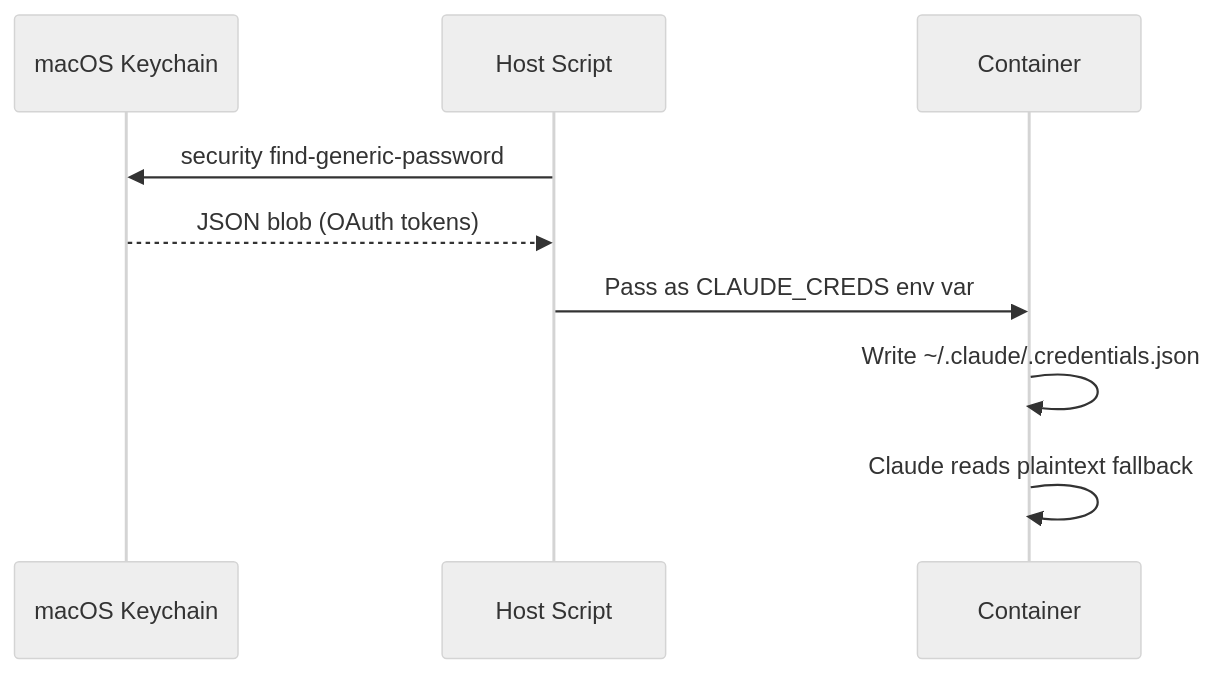
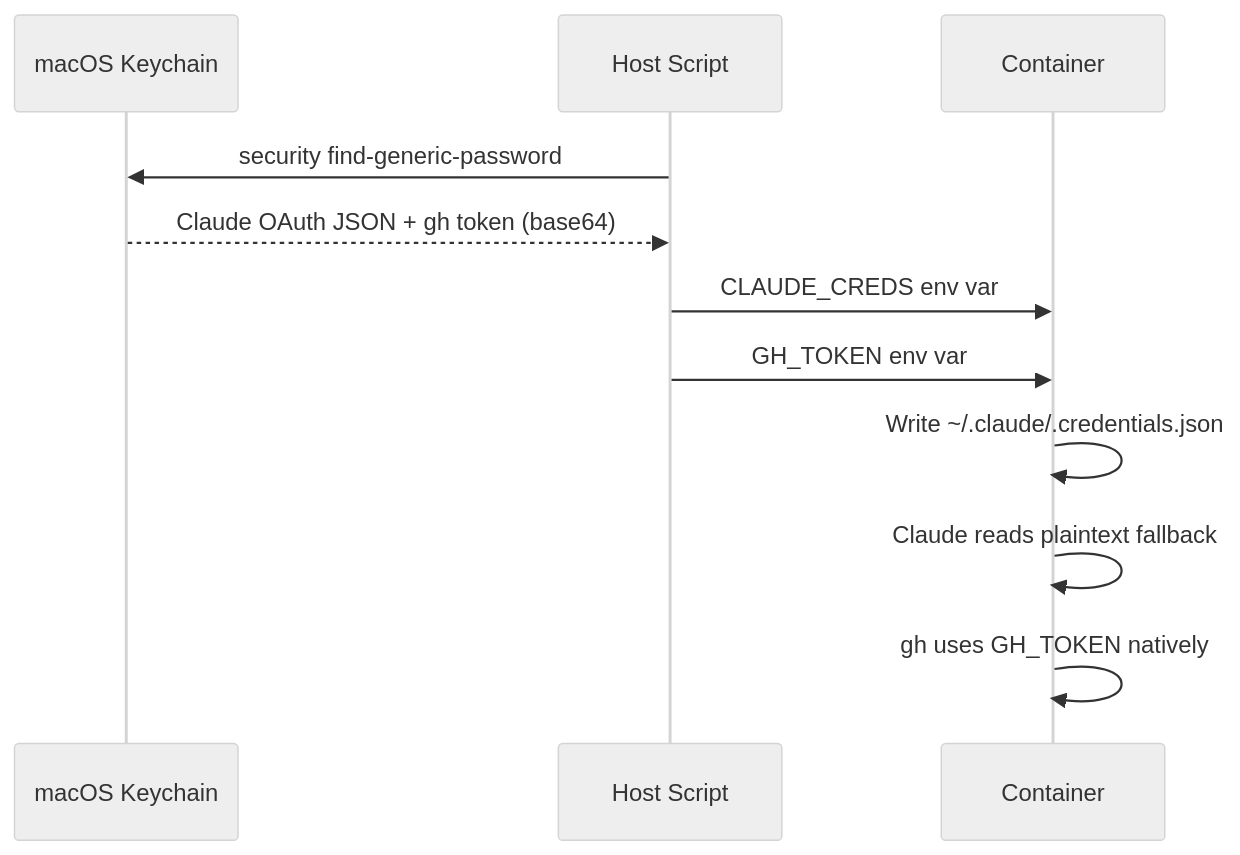
One commit to chew-z/Container changed the second of 8 diagrams in README.md. Above: the diagram before and after it, drawn with Mermaid (neutral theme). The commit also changed other lines of this file and 5 other files, not shown here.

````diff
--- a/README.md
+++ b/README.md
@@ -63,12 +71,14 @@
 ```mermaid
 sequenceDiagram
     participant K as macOS Keychain
     participant S as Host Script
     participant C as Container
 
     S->>K: security find-generic-password
-    K-->>S: JSON blob (OAuth tokens)
-    S->>C: Pass as CLAUDE_CREDS env var
+    K-->>S: Claude OAuth JSON + gh token (base64)
+    S->>C: CLAUDE_CREDS env var
+    S->>C: GH_TOKEN env var
     C->>C: Write ~/.claude/.credentials.json
     C->>C: Claude reads plaintext fallback
+    C->>C: gh uses GH_TOKEN natively
 ```
````
